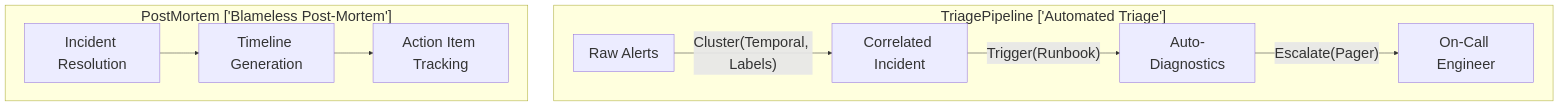
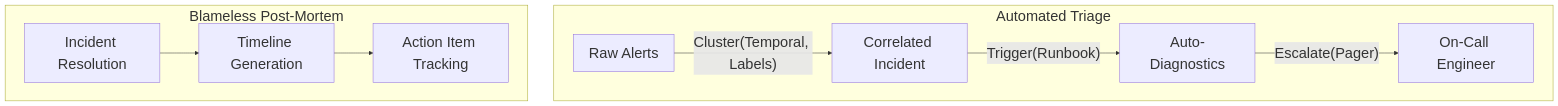
One commit to j4flmao/agent-skills changed the diagram in skills/site-reliability-engineering/incident-response/SKILL.md. Above: the diagram before and after it, drawn with Mermaid. The commit also changed 38 other files, not shown here.

Commit message:
style(skills): Add padding to Mermaid subgraphs to prevent label overlap with nodes

````diff
--- a/skills/site-reliability-engineering/incident-response/SKILL.md
+++ b/skills/site-reliability-engineering/incident-response/SKILL.md
@@ -12,13 +12,13 @@
 ```mermaid
 flowchart TD
 %%{init: {"theme": "default", "themeVariables": {"fontSize": "28px"}, "flowchart": {"useMaxWidth": false}}}%%
-    subgraph TriagePipelineAutomatedTriage ["TriagePipeline ['Automated Triage']"]
+    subgraph TriagePipelineAutomatedTriage ["Automated Triage<br/>"]
         Alert[Raw Alerts] -->|"Cluster(Temporal, Labels)"| MetaAlert[Correlated Incident]
         MetaAlert -->|"Trigger(Runbook)"| AutoDiag[Auto-Diagnostics]
         AutoDiag -->|"Escalate(Pager)"| OnCall[On-Call Engineer]
     end
-    subgraph PostMortemBlamelessPostMortem ["PostMortem ['Blameless Post-Mortem']"]
+    subgraph PostMortemBlamelessPostMortem ["Blameless Post-Mortem<br/>"]
         Resolve[Incident Resolution] --> Timeline[Timeline Generation]
         Timeline --> Action[Action Item Tracking]
     end
 ```
````
